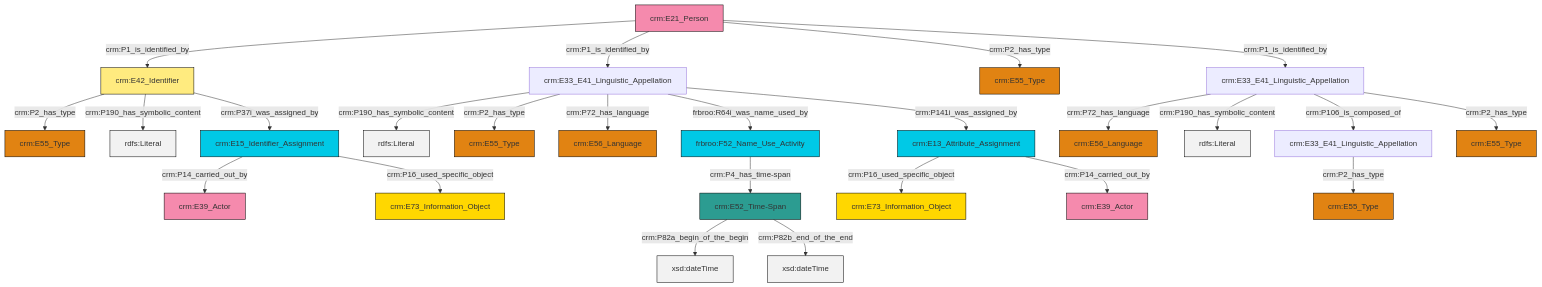
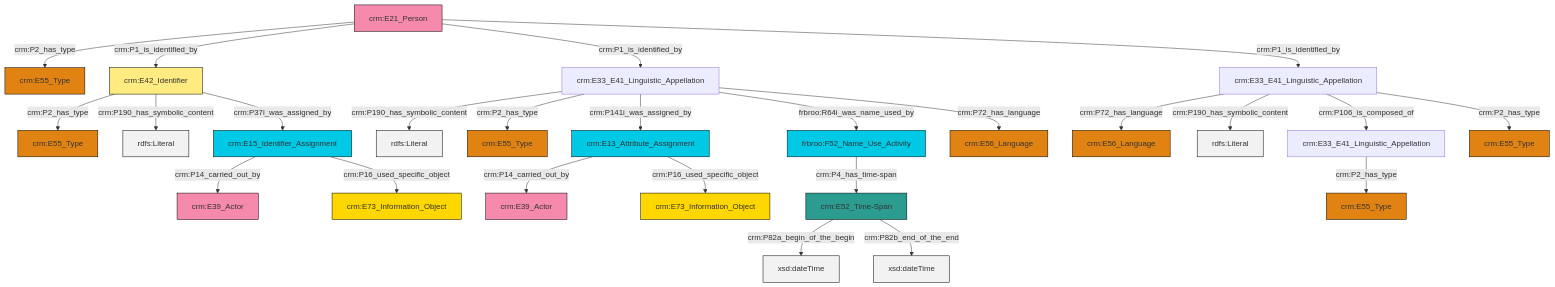
The diagram in et/personCSV/ttl/mmd/Person_Names_and_Classification.ttl.mmd (swiss-art-research-net/docs.swissartresearch), drawn with Mermaid before and after one commit. The commit also changed 204 other files, not shown here.

```diff
--- a/et/personCSV/ttl/mmd/Person_Names_and_Classification.ttl.mmd
+++ b/et/personCSV/ttl/mmd/Person_Names_and_Classification.ttl.mmd
@@ -1,39 +1,39 @@
 graph TD
 classDef Literal fill:#f2f2f2,stroke:#000000;
 classDef CRM_Entity fill:#FFFFFF,stroke:#000000;
 classDef Temporal_Entity fill:#00C9E6, stroke:#000000;
 classDef Type fill:#E18312, stroke:#000000;
 classDef Time-Span fill:#2C9C91, stroke:#000000;
 classDef Appellation fill:#FFEB7F, stroke:#000000;
 classDef Place fill:#008836, stroke:#000000;
 classDef Persistent_Item fill:#B266B2, stroke:#000000;
 classDef Conceptual_Object fill:#FFD700, stroke:#000000;
 classDef Physical_Thing fill:#D2B48C, stroke:#000000;
 classDef Actor fill:#f58aad, stroke:#000000;
 classDef PC_Classes fill:#4ce600, stroke:#000000;
 classDef Multi fill:#cccccc,stroke:#000000;
 
-0["crm:E21_Person"]:::Actor -->|crm:P1_is_identified_by| 1["crm:E42_Identifier"]:::Appellation
-6["crm:E33_E41_Linguistic_Appellation"]:::Default -->|crm:P190_has_symbolic_content| 7[rdfs:Literal]:::Literal
-6["crm:E33_E41_Linguistic_Appellation"]:::Default -->|crm:P2_has_type| 8["crm:E55_Type"]:::Type
-6["crm:E33_E41_Linguistic_Appellation"]:::Default -->|crm:P72_has_language| 9["crm:E56_Language"]:::Type
-10["crm:E33_E41_Linguistic_Appellation"]:::Default -->|crm:P72_has_language| 11["crm:E56_Language"]:::Type
-12["crm:E52_Time-Span"]:::Time-Span -->|crm:P82a_begin_of_the_begin| 13[xsd:dateTime]:::Literal
-6["crm:E33_E41_Linguistic_Appellation"]:::Default -->|frbroo:R64i_was_name_used_by| 14["frbroo:F52_Name_Use_Activity"]:::Temporal_Entity
-1["crm:E42_Identifier"]:::Appellation -->|crm:P2_has_type| 15["crm:E55_Type"]:::Type
-10["crm:E33_E41_Linguistic_Appellation"]:::Default -->|crm:P190_has_symbolic_content| 21[rdfs:Literal]:::Literal
-10["crm:E33_E41_Linguistic_Appellation"]:::Default -->|crm:P106_is_composed_of| 24["crm:E33_E41_Linguistic_Appellation"]:::Default
-18["crm:E13_Attribute_Assignment"]:::Temporal_Entity -->|crm:P16_used_specific_object| 25["crm:E73_Information_Object"]:::Conceptual_Object
-26["crm:E15_Identifier_Assignment"]:::Temporal_Entity -->|crm:P14_carried_out_by| 4["crm:E39_Actor"]:::Actor
-0["crm:E21_Person"]:::Actor -->|crm:P1_is_identified_by| 6["crm:E33_E41_Linguistic_Appellation"]:::Default
-14["frbroo:F52_Name_Use_Activity"]:::Temporal_Entity -->|crm:P4_has_time-span| 12["crm:E52_Time-Span"]:::Time-Span
-26["crm:E15_Identifier_Assignment"]:::Temporal_Entity -->|crm:P16_used_specific_object| 32["crm:E73_Information_Object"]:::Conceptual_Object
-24["crm:E33_E41_Linguistic_Appellation"]:::Default -->|crm:P2_has_type| 33["crm:E55_Type"]:::Type
-10["crm:E33_E41_Linguistic_Appellation"]:::Default -->|crm:P2_has_type| 22["crm:E55_Type"]:::Type
-6["crm:E33_E41_Linguistic_Appellation"]:::Default -->|crm:P141i_was_assigned_by| 18["crm:E13_Attribute_Assignment"]:::Temporal_Entity
-1["crm:E42_Identifier"]:::Appellation -->|crm:P190_has_symbolic_content| 35[rdfs:Literal]:::Literal
-12["crm:E52_Time-Span"]:::Time-Span -->|crm:P82b_end_of_the_end| 37[xsd:dateTime]:::Literal
-0["crm:E21_Person"]:::Actor -->|crm:P2_has_type| 28["crm:E55_Type"]:::Type
-18["crm:E13_Attribute_Assignment"]:::Temporal_Entity -->|crm:P14_carried_out_by| 2["crm:E39_Actor"]:::Actor
-1["crm:E42_Identifier"]:::Appellation -->|crm:P37i_was_assigned_by| 26["crm:E15_Identifier_Assignment"]:::Temporal_Entity
-0["crm:E21_Person"]:::Actor -->|crm:P1_is_identified_by| 10["crm:E33_E41_Linguistic_Appellation"]:::Default
+8["crm:E33_E41_Linguistic_Appellation"]:::Default -->|crm:P190_has_symbolic_content| 10[rdfs:Literal]:::Literal
+15["crm:E33_E41_Linguistic_Appellation"]:::Default -->|crm:P2_has_type| 16["crm:E55_Type"]:::Type
+8["crm:E33_E41_Linguistic_Appellation"]:::Default -->|crm:P2_has_type| 19["crm:E55_Type"]:::Type
+6["crm:E21_Person"]:::Actor -->|crm:P2_has_type| 20["crm:E55_Type"]:::Type
+4["crm:E33_E41_Linguistic_Appellation"]:::Default -->|crm:P72_has_language| 21["crm:E56_Language"]:::Type
+17["crm:E42_Identifier"]:::Appellation -->|crm:P2_has_type| 22["crm:E55_Type"]:::Type
+8["crm:E33_E41_Linguistic_Appellation"]:::Default -->|crm:P141i_was_assigned_by| 2["crm:E13_Attribute_Assignment"]:::Temporal_Entity
+8["crm:E33_E41_Linguistic_Appellation"]:::Default -->|frbroo:R64i_was_name_used_by| 27["frbroo:F52_Name_Use_Activity"]:::Temporal_Entity
+31["crm:E15_Identifier_Assignment"]:::Temporal_Entity -->|crm:P14_carried_out_by| 0["crm:E39_Actor"]:::Actor
+4["crm:E33_E41_Linguistic_Appellation"]:::Default -->|crm:P190_has_symbolic_content| 32[rdfs:Literal]:::Literal
+2["crm:E13_Attribute_Assignment"]:::Temporal_Entity -->|crm:P14_carried_out_by| 33["crm:E39_Actor"]:::Actor
+11["crm:E52_Time-Span"]:::Time-Span -->|crm:P82a_begin_of_the_begin| 34[xsd:dateTime]:::Literal
+17["crm:E42_Identifier"]:::Appellation -->|crm:P190_has_symbolic_content| 36[rdfs:Literal]:::Literal
+17["crm:E42_Identifier"]:::Appellation -->|crm:P37i_was_assigned_by| 31["crm:E15_Identifier_Assignment"]:::Temporal_Entity
+6["crm:E21_Person"]:::Actor -->|crm:P1_is_identified_by| 17["crm:E42_Identifier"]:::Appellation
+31["crm:E15_Identifier_Assignment"]:::Temporal_Entity -->|crm:P16_used_specific_object| 24["crm:E73_Information_Object"]:::Conceptual_Object
+6["crm:E21_Person"]:::Actor -->|crm:P1_is_identified_by| 8["crm:E33_E41_Linguistic_Appellation"]:::Default
+4["crm:E33_E41_Linguistic_Appellation"]:::Default -->|crm:P106_is_composed_of| 15["crm:E33_E41_Linguistic_Appellation"]:::Default
+27["frbroo:F52_Name_Use_Activity"]:::Temporal_Entity -->|crm:P4_has_time-span| 11["crm:E52_Time-Span"]:::Time-Span
+2["crm:E13_Attribute_Assignment"]:::Temporal_Entity -->|crm:P16_used_specific_object| 38["crm:E73_Information_Object"]:::Conceptual_Object
+4["crm:E33_E41_Linguistic_Appellation"]:::Default -->|crm:P2_has_type| 13["crm:E55_Type"]:::Type
+11["crm:E52_Time-Span"]:::Time-Span -->|crm:P82b_end_of_the_end| 41[xsd:dateTime]:::Literal
+8["crm:E33_E41_Linguistic_Appellation"]:::Default -->|crm:P72_has_language| 39["crm:E56_Language"]:::Type
+6["crm:E21_Person"]:::Actor -->|crm:P1_is_identified_by| 4["crm:E33_E41_Linguistic_Appellation"]:::Default
```
